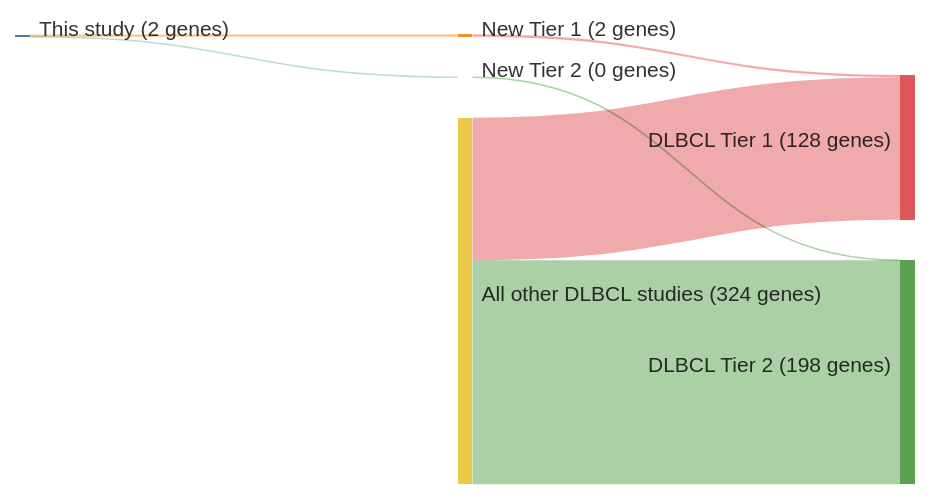
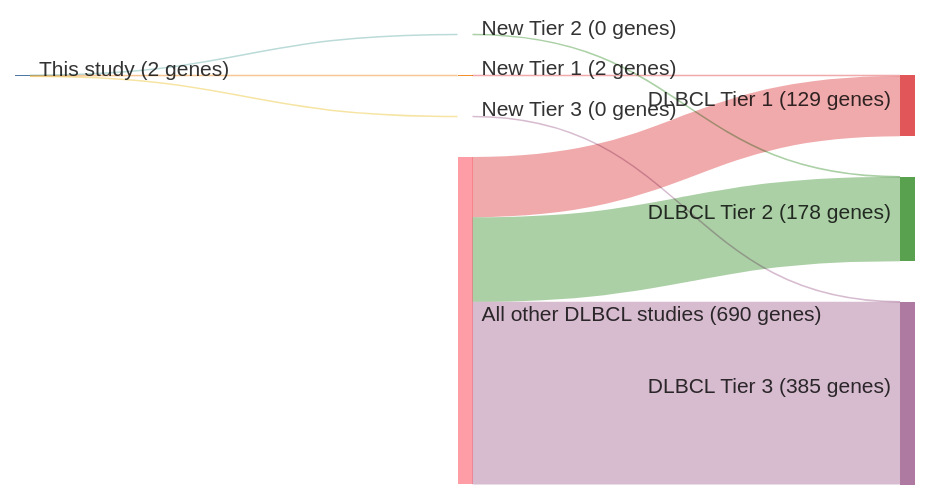
The diagram in papers/morinGeneticLandscapesRelapsed2016.md (morinlab/lymphopedia), drawn with Mermaid before and after one commit. The commit also changed other lines of this file and 4 other files, not shown here.

````diff
--- a/papers/morinGeneticLandscapesRelapsed2016.md
+++ b/papers/morinGeneticLandscapesRelapsed2016.md
@@ -12,20 +12,23 @@
 ```mermaid
 ---
 config:
     sankey:
         showValues: true
         linkColor: target
         width: 600
         height: 300
         nodeAlignment: right
         prefix: '('
         suffix: ' genes)'
 ---
 sankey-beta
 This study, New Tier 1, 2
 New Tier 1, DLBCL Tier 1, 2
 This study, New Tier 2, 0
 New Tier 2, DLBCL Tier 2, 0
-All other DLBCL studies, DLBCL Tier 1, 126
-All other DLBCL studies, DLBCL Tier 2, 198
+This study, New Tier 3, 0
+New Tier 3, DLBCL Tier 3, 0
+All other DLBCL studies, DLBCL Tier 1, 127
+All other DLBCL studies, DLBCL Tier 2, 178
+All other DLBCL studies, DLBCL Tier 3, 385
 ```
````
